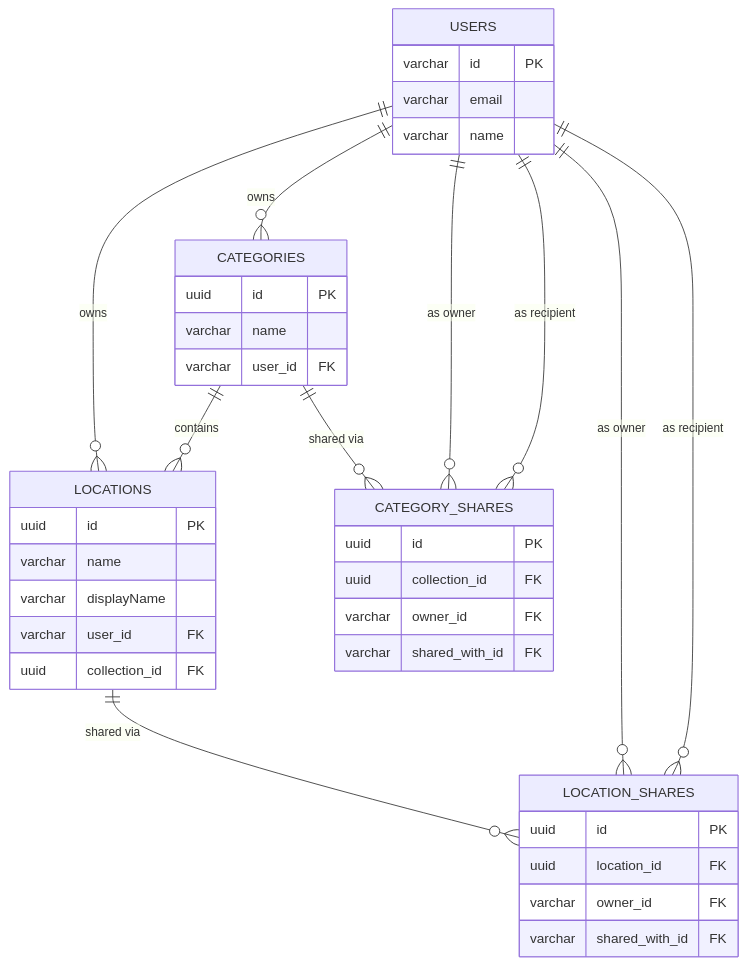
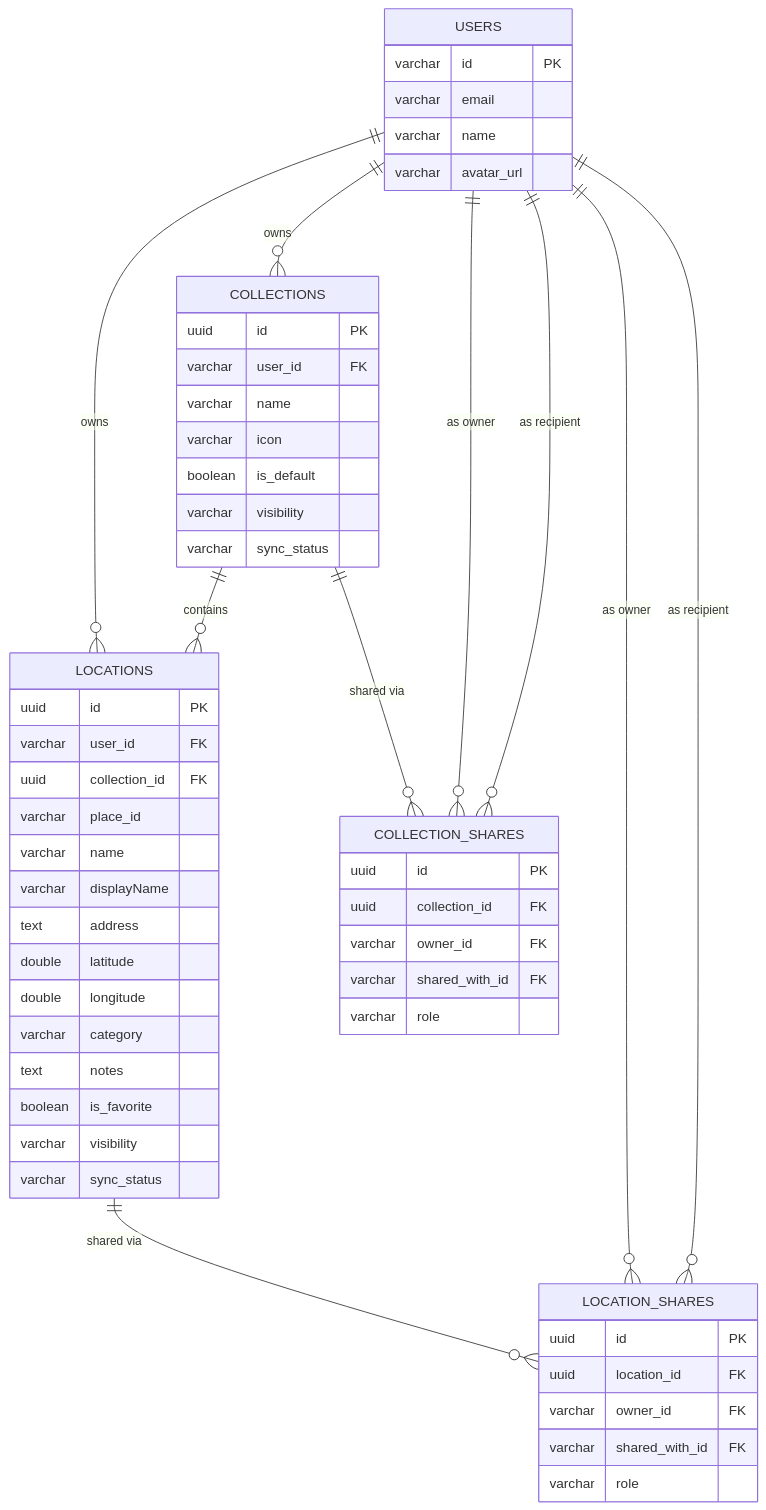
One commit to lhhiep2204/Locify changed the diagram in docs/Locify_Database_Schema.md. Above: the diagram before and after it, drawn with Mermaid. The commit also changed other lines of this file and 5 other files, not shown here.

````diff
--- a/docs/Locify_Database_Schema.md
+++ b/docs/Locify_Database_Schema.md
@@ -169,51 +215,67 @@
 ```mermaid
 erDiagram
     USERS {
         varchar id PK
         varchar email
         varchar name
+        varchar avatar_url
     }
 
-    CATEGORIES {
+    COLLECTIONS {
         uuid id PK
+        varchar user_id FK
         varchar name
-        varchar user_id FK
+        varchar icon
+        boolean is_default
+        varchar visibility
+        varchar sync_status
     }
 
     LOCATIONS {
         uuid id PK
+        varchar user_id FK
+        uuid collection_id FK
+        varchar place_id
         varchar name
         varchar displayName
-        varchar user_id FK
-        uuid collection_id FK
+        text address
+        double latitude
+        double longitude
+        varchar category
+        text notes
+        boolean is_favorite
+        varchar visibility
+        varchar sync_status
     }
 
-    CATEGORY_SHARES {
+    COLLECTION_SHARES {
         uuid id PK
         uuid collection_id FK
         varchar owner_id FK
         varchar shared_with_id FK
+        varchar role
     }
 
     LOCATION_SHARES {
         uuid id PK
         uuid location_id FK
         varchar owner_id FK
         varchar shared_with_id FK
+        varchar role
     }
 
     %% Core ownership
-    USERS ||--o{ CATEGORIES : "owns"
+    USERS ||--o{ COLLECTIONS : "owns"
     USERS ||--o{ LOCATIONS : "owns"
-    CATEGORIES ||--o{ LOCATIONS : "contains"
+    COLLECTIONS ||--o{ LOCATIONS : "contains"
 
     %% Collection shares
-    CATEGORIES ||--o{ CATEGORY_SHARES : "shared via"
-    USERS ||--o{ CATEGORY_SHARES : "as owner"
-    USERS ||--o{ CATEGORY_SHARES : "as recipient"
+    COLLECTIONS ||--o{ COLLECTION_SHARES : "shared via"
+    USERS ||--o{ COLLECTION_SHARES : "as owner"
+    USERS ||--o{ COLLECTION_SHARES : "as recipient"
 
     %% Location shares
     LOCATIONS ||--o{ LOCATION_SHARES : "shared via"
     USERS ||--o{ LOCATION_SHARES : "as owner"
     USERS ||--o{ LOCATION_SHARES : "as recipient"
 ```
````
